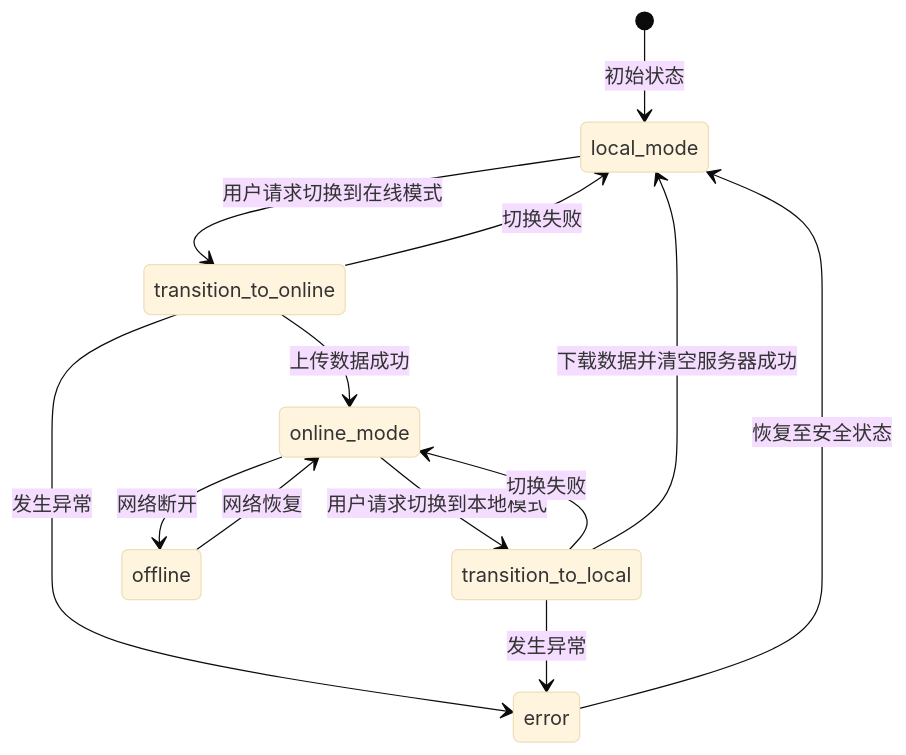
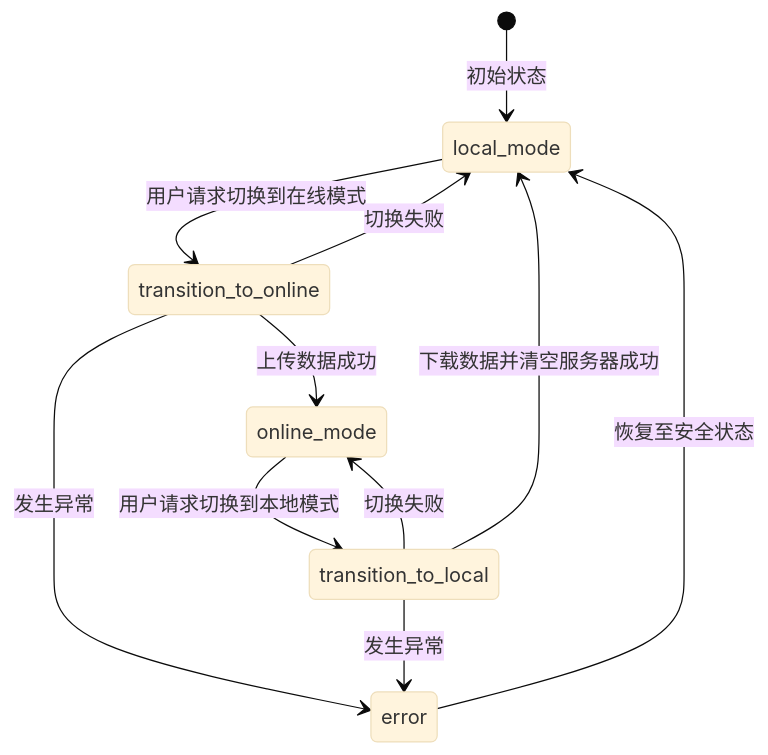
One commit to yingjianzh/iodraw-files changed the diagram in all/未命名-56.md. Above: the diagram before and after it, drawn with Mermaid (base theme).

Commit message:
2025-05-12 09:59:10 update

````diff
--- a/all/未命名-56.md
+++ b/all/未命名-56.md
@@ -1,21 +1,19 @@
 ```mermaid
 
 stateDiagram-v2
     [*] --> local_mode: 初始状态
     
     local_mode --> transition_to_online: 用户请求切换到在线模式
     transition_to_online --> local_mode: 切换失败
     transition_to_online --> online_mode: 上传数据成功
     
     online_mode --> transition_to_local: 用户请求切换到本地模式
     transition_to_local --> online_mode: 切换失败
     transition_to_local --> local_mode: 下载数据并清空服务器成功
     
-    online_mode --> offline: 网络断开
-    offline --> online_mode: 网络恢复
     
     transition_to_online --> error: 发生异常
     transition_to_local --> error: 发生异常
     error --> local_mode: 恢复至安全状态
 
 ```
````
